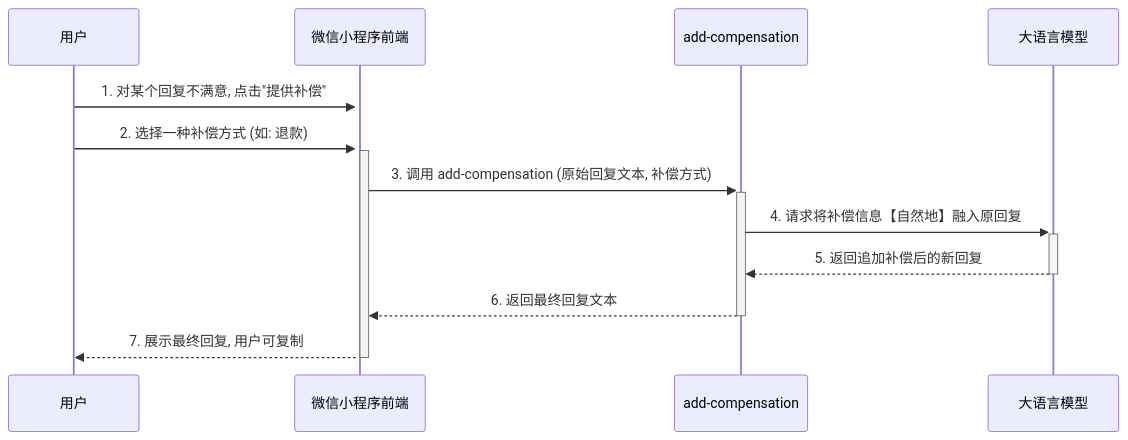
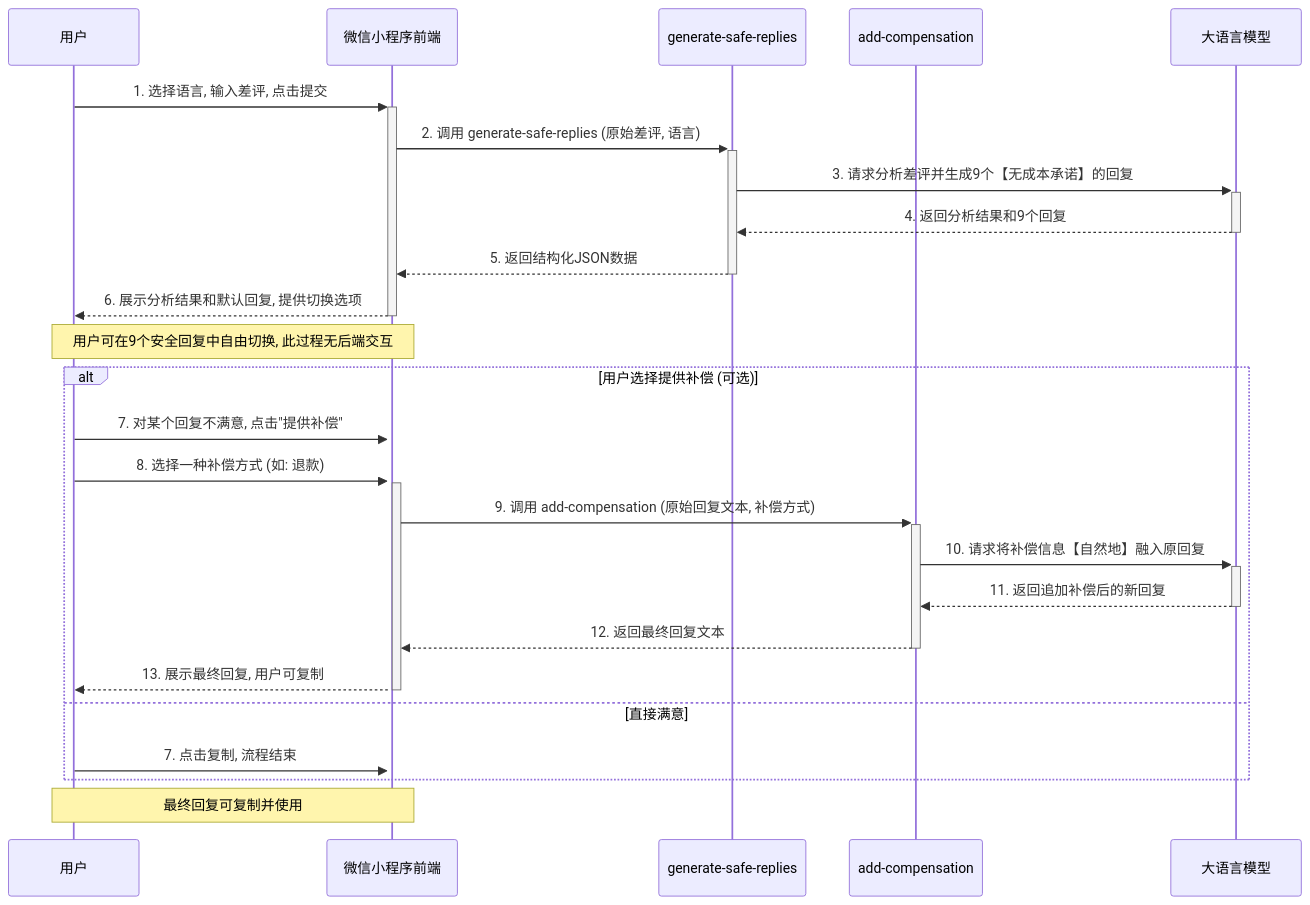
One commit to YUHAO-corn/negative_review_helper changed the second of 2 diagrams in README.md. Above: the diagram before and after it, drawn with Mermaid. The commit also changed other lines of this file, not shown here.

Commit message:
刷新

````diff
--- a/README.md
+++ b/README.md
@@ -120,15 +104,30 @@
 ```mermaid
 sequenceDiagram
     participant User as 用户
     participant MiniProgram as 微信小程序前端
+    participant CloudFunction1 as generate-safe-replies
     participant CloudFunction2 as add-compensation
     participant LLM as 大语言模型
 
-    User->>+MiniProgram: 1. 对某个回复不满意, 点击"提供补偿"
-    User->>+MiniProgram: 2. 选择一种补偿方式 (如: 退款)
-    MiniProgram->>+CloudFunction2: 3. 调用 add-compensation (原始回复文本, 补偿方式)
-    CloudFunction2->>+LLM: 4. 请求将补偿信息【自然地】融入原回复
-    LLM-->>-CloudFunction2: 5. 返回追加补偿后的新回复
-    CloudFunction2-->>-MiniProgram: 6. 返回最终回复文本
-    MiniProgram-->>-User: 7. 展示最终回复, 用户可复制
+    User->>+MiniProgram: 1. 选择语言, 输入差评, 点击提交
+    MiniProgram->>+CloudFunction1: 2. 调用 generate-safe-replies (原始差评, 语言)
+    CloudFunction1->>+LLM: 3. 请求分析差评并生成9个【无成本承诺】的回复
+    LLM-->>-CloudFunction1: 4. 返回分析结果和9个回复
+    CloudFunction1-->>-MiniProgram: 5. 返回结构化JSON数据
+    MiniProgram-->>-User: 6. 展示分析结果和默认回复, 提供切换选项
+    Note over MiniProgram, User: 用户可在9个安全回复中自由切换, 此过程无后端交互
+
+    alt 用户选择提供补偿 (可选)
+        User->>+MiniProgram: 7. 对某个回复不满意, 点击"提供补偿"
+        User->>+MiniProgram: 8. 选择一种补偿方式 (如: 退款)
+        MiniProgram->>+CloudFunction2: 9. 调用 add-compensation (原始回复文本, 补偿方式)
+        CloudFunction2->>+LLM: 10. 请求将补偿信息【自然地】融入原回复
+        LLM-->>-CloudFunction2: 11. 返回追加补偿后的新回复
+        CloudFunction2-->>-MiniProgram: 12. 返回最终回复文本
+        MiniProgram-->>-User: 13. 展示最终回复, 用户可复制
+    else 直接满意
+        User->>MiniProgram: 7. 点击复制, 流程结束
+    end
+
+    Note over MiniProgram, User: 最终回复可复制并使用
 ```
````
